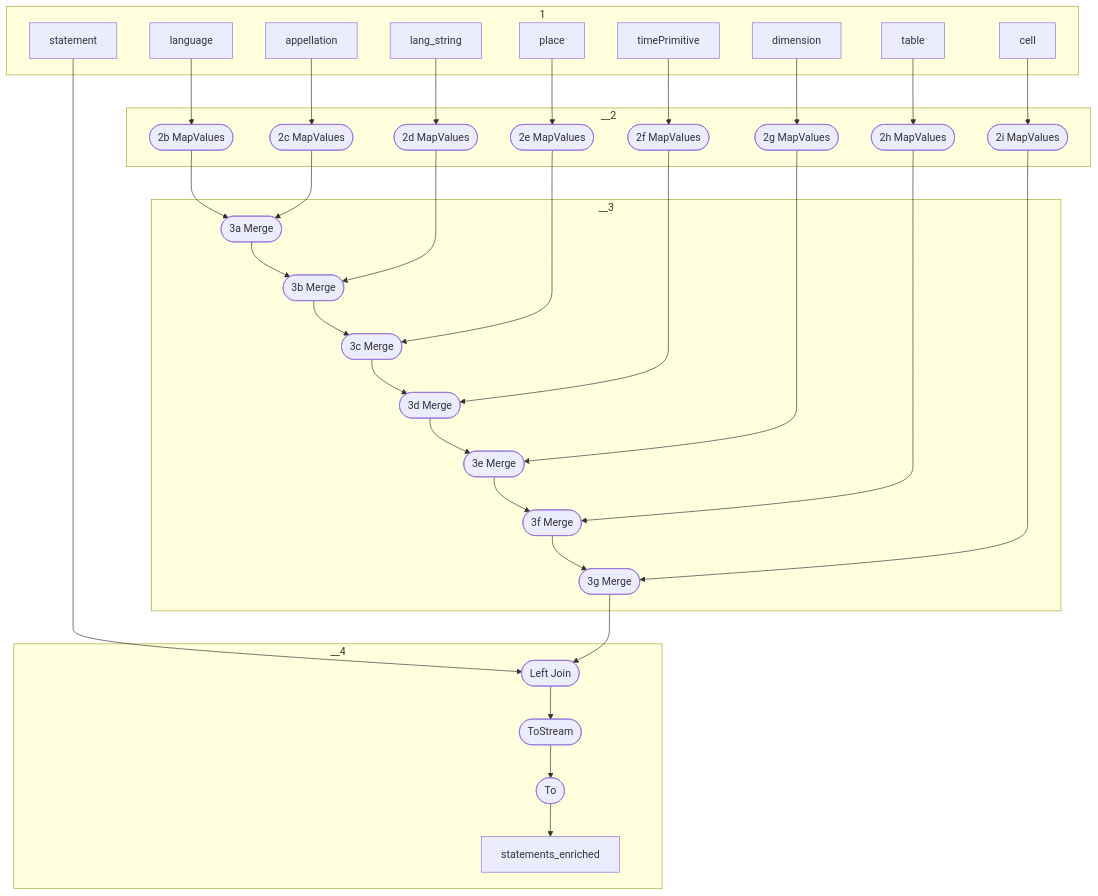
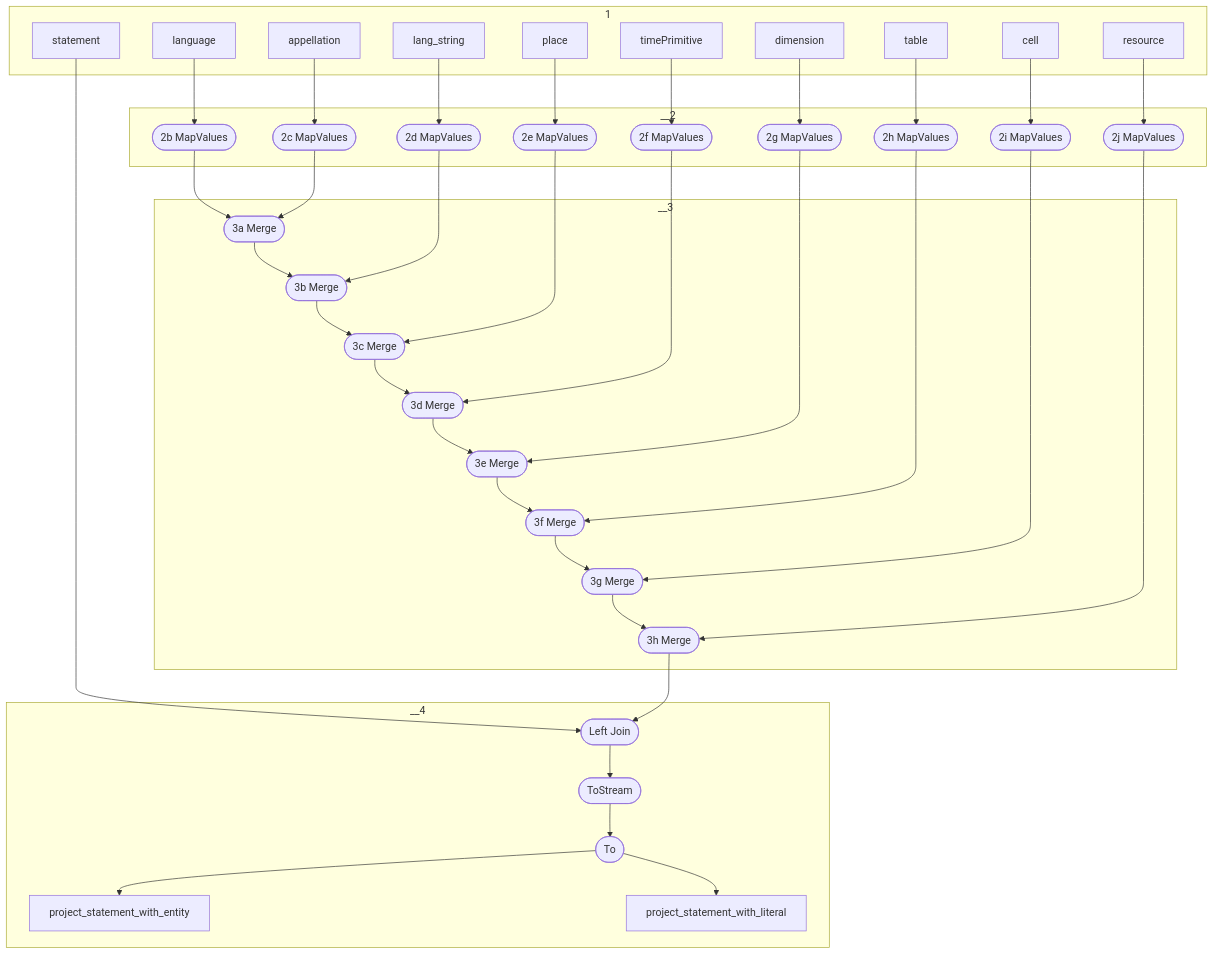
One commit to geovistory/toolbox-streams changed the diagram in app/src/main/java/org/geovistory/toolbox/streams/topologies/StatementEnriched.md. Above: the diagram before and after it, drawn with Mermaid. The commit also changed other lines of this file and 32 other files, not shown here.

````diff
--- a/app/src/main/java/org/geovistory/toolbox/streams/topologies/StatementEnriched.md
+++ b/app/src/main/java/org/geovistory/toolbox/streams/topologies/StatementEnriched.md
@@ -5,51 +5,56 @@
 ```mermaid
 flowchart TD
     1a-->4a
     1b-->2b-->3a
     1c-->2c-->3a-->3b
     1d-->2d-->3b-->3c 
     1e-->2e-->3c-->3d 
     1f-->2f-->3d-->3e 
     1g-->2g-->3e-->3f
     1h-->2h-->3f-->3g 
-    1i-->2i-->3g-->4a-->4b-->4c-->4d
-       
+    1i-->2i-->3g-->3h
+    1j-->2j-->3h-->4a-->4b-->4c-->4d
+    4c-->4e
     subgraph 1
         1a[statement]
         1b[language]
         1c[appellation]
         1d[lang_string]
         1e[place]
         1f[timePrimitive]
         1g[dimension]
         1h[table]
         1i[cell]
+        1j[resource]
     end
     subgraph __2
         2b([2b MapValues])
         2c([2c MapValues])
         2d([2d MapValues])
         2e([2e MapValues])
         2f([2f MapValues])
         2g([2g MapValues])
         2h([2h MapValues])
         2i([2i MapValues])
+        2j([2j MapValues])
        
     end  
     subgraph __3
         3a([3a Merge])
         3b([3b Merge])
         3c([3c Merge])
         3d([3d Merge])
         3e([3e Merge])
         3f([3f Merge])
         3g([3g Merge])
+        3h([3h Merge])
     end  
     subgraph __4
         4a([Left Join])
         4b([ToStream])
         4c([To])
-        4d[statements_enriched]
+        4d[project_statement_with_entity]
+        4e[project_statement_with_literal]
     end  
     
 ```
````
